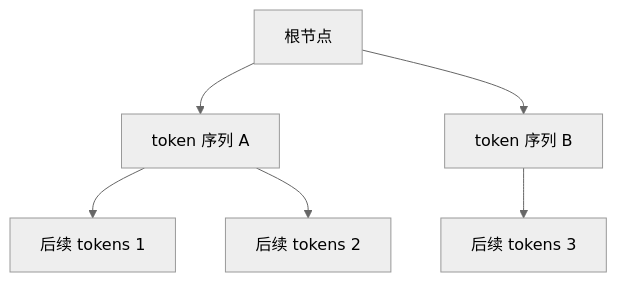
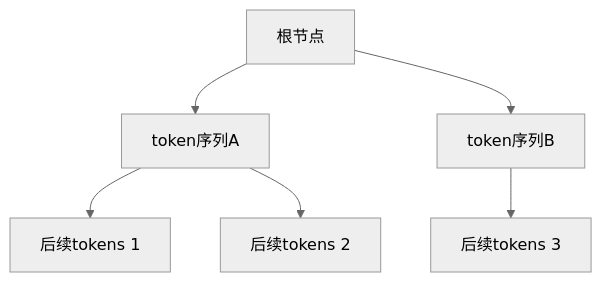
The first of 3 diagrams in learning/website/docs/basics/18-radix-attention.md (Xunzhuo/mini-sglang), drawn with Mermaid (neutral theme) before and after one commit. The commit also changed other lines of this file and 23 other files, not shown here.

````diff
--- a/learning/website/docs/basics/18-radix-attention.md
+++ b/learning/website/docs/basics/18-radix-attention.md
@@ -74,8 +84,8 @@
 ```mermaid
 graph TB
-    Root[根节点] --> A[token 序列 A]
-    Root --> B[token 序列 B]
-    A --> A1[后续 tokens 1]
-    A --> A2[后续 tokens 2]
-    B --> B1[后续 tokens 3]
+    Root[根节点] --> A[token序列A]
+    Root --> B[token序列B]
+    A --> A1[后续tokens 1]
+    A --> A2[后续tokens 2]
+    B --> B1[后续tokens 3]
 ```
````
